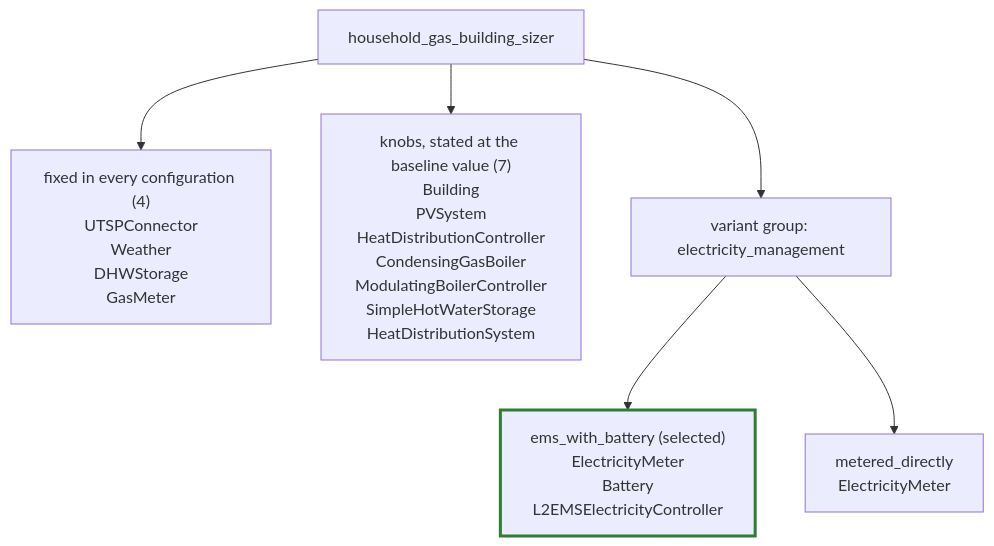
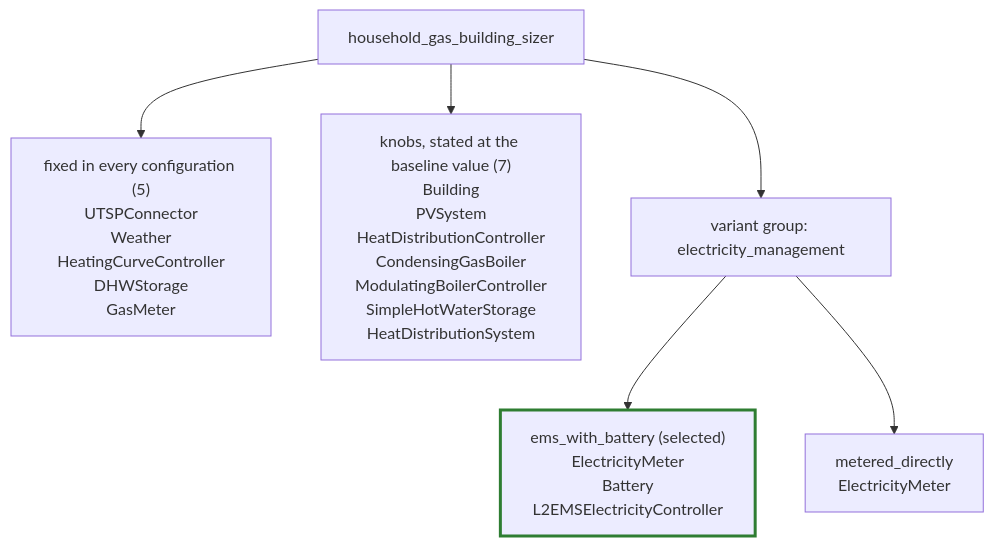
The third of 22 diagrams in roadmap/declarative_energy_systems/grouping_overview.md (FZJ-IEK3-VSA/HiSim), drawn with Mermaid before and after one commit. The commit also changed other lines of this file and 114 other files, not shown here.

````diff
--- a/roadmap/declarative_energy_systems/grouping_overview.md
+++ b/roadmap/declarative_energy_systems/grouping_overview.md
@@ -160,18 +160,18 @@
 ```mermaid
 flowchart TD
     setup["household_gas_building_sizer"]
-    fixed["fixed in every configuration (4)<br/>UTSPConnector<br/>Weather<br/>DHWStorage<br/>GasMeter"]
+    fixed["fixed in every configuration (5)<br/>UTSPConnector<br/>Weather<br/>HeatingCurveController<br/>DHWStorage<br/>GasMeter"]
     knobs["knobs, stated at the baseline value (7)<br/>Building<br/>PVSystem<br/>HeatDistributionController<br/>CondensingGasBoiler<br/>ModulatingBoilerController<br/>SimpleHotWaterStorage<br/>HeatDistributionSystem"]
     group1["variant group: electricity_management"]
     optA["ems_with_battery (selected)<br/>ElectricityMeter<br/>Battery<br/>L2EMSElectricityController"]
     optB["metered_directly<br/>ElectricityMeter"]
 
     setup --> fixed
     setup --> knobs
     setup --> group1
     group1 --> optA
     group1 --> optB
 
     classDef selected stroke:#2e7d32,stroke-width:3px;
     class optA selected;
 ```
````
